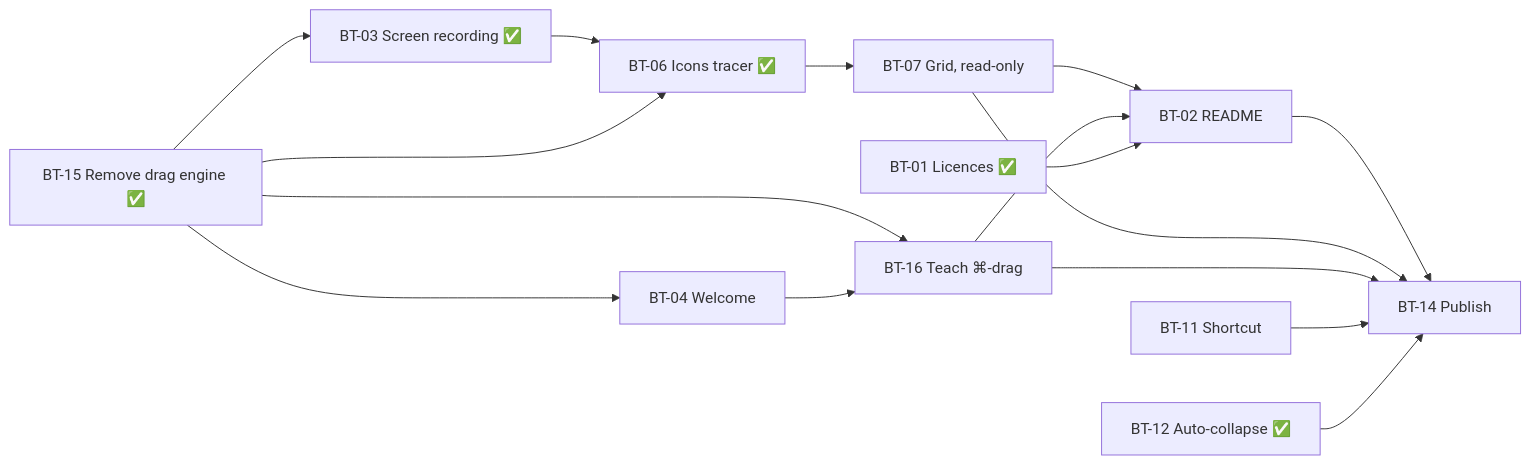
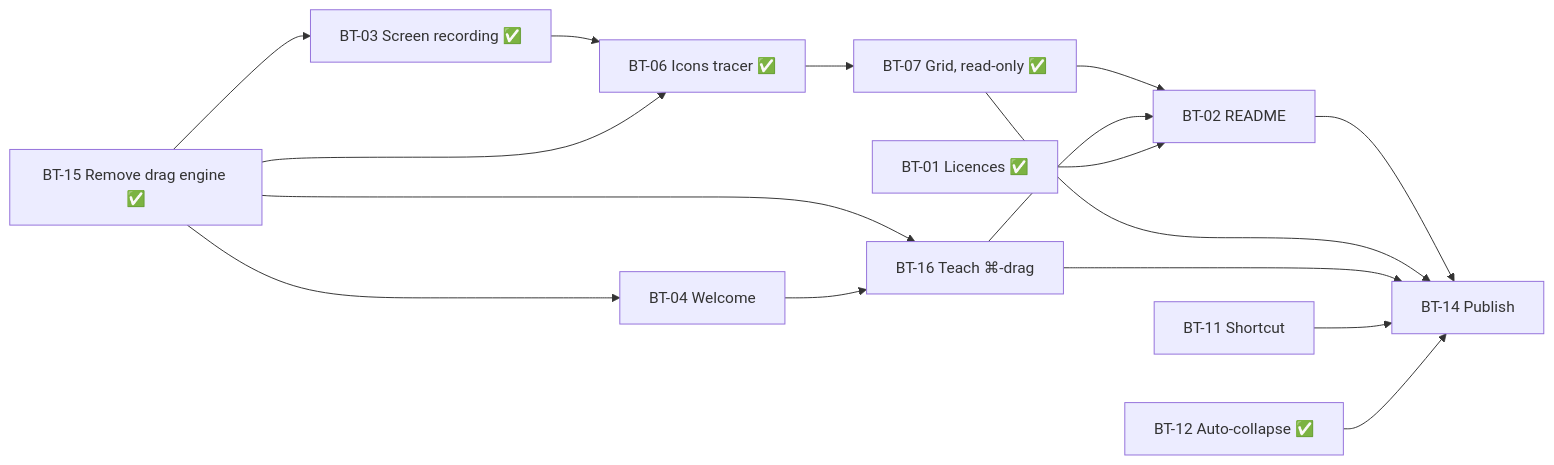
The diagram in docs/BOARD.md (Kodak2383/BarT), drawn with Mermaid before and after one commit. The commit also changed other lines of this file and 2 other files, not shown here.

````diff
--- a/docs/BOARD.md
+++ b/docs/BOARD.md
@@ -50,19 +50,19 @@
 ```mermaid
 graph LR
   BT15[BT-15 Remove drag engine ✅] --> BT03[BT-03 Screen recording ✅]
   BT15 --> BT04[BT-04 Welcome]
   BT15 --> BT16[BT-16 Teach ⌘-drag]
   BT04 --> BT16
   BT03 --> BT06[BT-06 Icons tracer ✅]
   BT15 --> BT06
-  BT06 --> BT07[BT-07 Grid, read-only]
+  BT06 --> BT07[BT-07 Grid, read-only ✅]
   BT07 --> BT02[BT-02 README]
   BT16 --> BT02
   BT11[BT-11 Shortcut]
   BT01[BT-01 Licences ✅] --> BT02
   BT02 --> BT14[BT-14 Publish]
   BT07 --> BT14
   BT16 --> BT14
   BT11 --> BT14
   BT12[BT-12 Auto-collapse ✅] --> BT14
 ```
````
